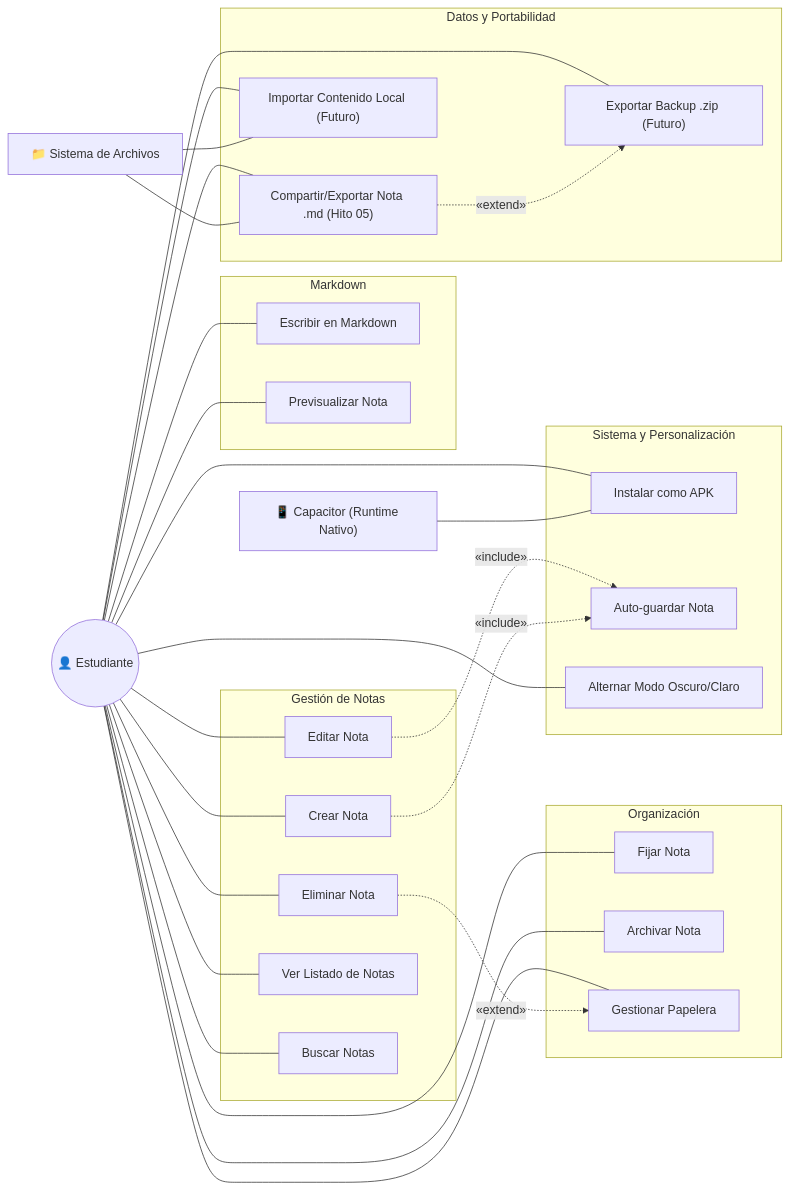
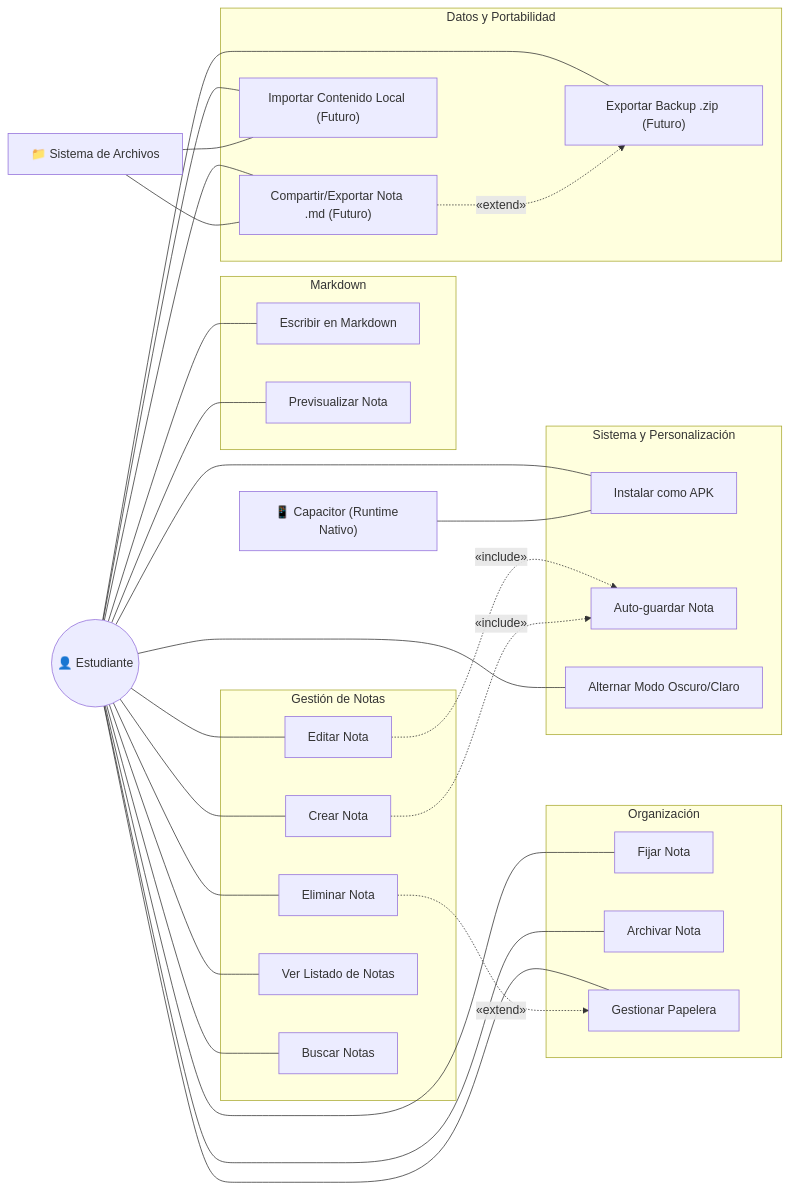
The diagram in docs/diagramas/casos-de-uso.md (jdfesa/lumapse), drawn with Mermaid before and after one commit. The commit also changed other lines of this file and 16 other files, not shown here.

````diff
--- a/docs/diagramas/casos-de-uso.md
+++ b/docs/diagramas/casos-de-uso.md
@@ -19,73 +19,73 @@
 ```mermaid
 flowchart LR
     %% ── Actores ──
     EST(("👤 Estudiante"))
     CAP["📱 Capacitor (Runtime Nativo)"]
     FS["📁 Sistema de Archivos"]
 
     %% ── Casos de Uso: Gestión de Notas ──
     subgraph NOTAS ["Gestión de Notas"]
         UC01["Crear Nota"]
         UC02["Editar Nota"]
         UC03["Eliminar Nota"]
         UC04["Ver Listado de Notas"]
         UC05["Buscar Notas"]
     end
 
     %% ── Casos de Uso: Organización ──
     subgraph ORG ["Organización"]
         UC06["Fijar Nota"]
         UC07["Archivar Nota"]
         UC16["Gestionar Papelera"]
     end
 
     %% ── Casos de Uso: Markdown ──
     subgraph MD ["Markdown"]
         UC08["Escribir en Markdown"]
         UC09["Previsualizar Nota"]
     end
 
     %% ── Casos de Uso: Datos ──
     subgraph DATOS ["Datos y Portabilidad"]
-        UC10["Compartir/Exportar Nota .md (Hito 05)"]
+        UC10["Compartir/Exportar Nota .md (Futuro)"]
         UC11["Importar Contenido Local (Futuro)"]
         UC12["Exportar Backup .zip (Futuro)"]
     end
 
     %% ── Casos de Uso: Sistema ──
     subgraph SIS ["Sistema y Personalización"]
         UC13["Instalar como APK"]
         UC14["Auto-guardar Nota"]
         UC15["Alternar Modo Oscuro/Claro"]
     end
 
     %% ── Relaciones: Estudiante ──
     EST --- UC01
     EST --- UC02
     EST --- UC03
     EST --- UC04
     EST --- UC05
     EST --- UC06
     EST --- UC07
     EST --- UC08
     EST --- UC09
     EST --- UC10
     EST --- UC11
     EST --- UC12
     EST --- UC13
     EST --- UC15
     EST --- UC16
 
     %% ── Relaciones: include ──
     UC02 -.->|"«include»"| UC14
     UC01 -.->|"«include»"| UC14
 
     %% ── Relaciones: extend ──
     UC10 -.->|"«extend»"| UC12
     UC03 -.->|"«extend»"| UC16
 
     %% ── Relaciones: Sistema ──
     CAP --- UC13
     FS --- UC10
     FS --- UC11
 ```
````
